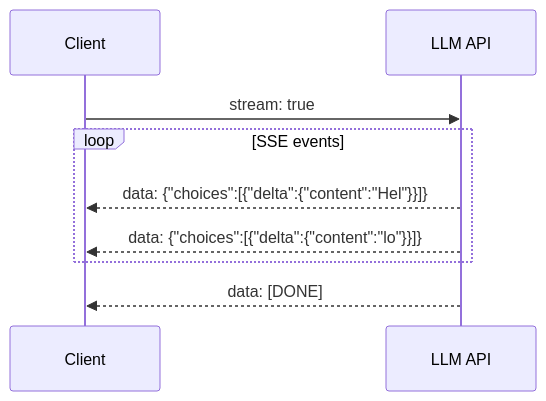
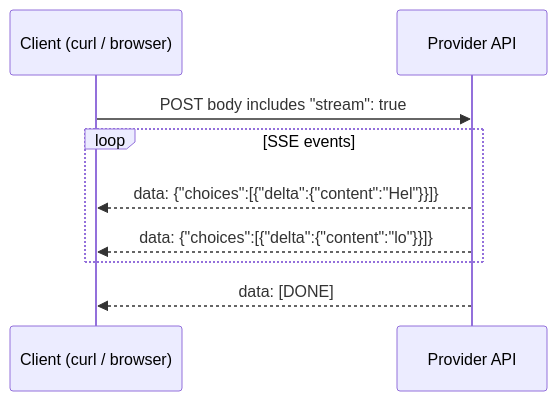
The fourth of 5 diagrams in AI/AI Development/modules/01-llm-apis/MODULE.md (codevoks/Learning), drawn with Mermaid before and after one commit. The commit also changed other lines of this file and 32 other files, not shown here.

````diff
--- a/AI/AI Development/modules/01-llm-apis/MODULE.md
+++ b/AI/AI Development/modules/01-llm-apis/MODULE.md
@@ -207,11 +494,11 @@
 ```mermaid
 sequenceDiagram
-    participant C as Client
-    participant API as LLM API
-    C->>API: stream: true
+    participant C as Client (curl / browser)
+    participant API as Provider API
+    C->>API: POST body includes "stream": true
     loop SSE events
         API-->>C: data: {"choices":[{"delta":{"content":"Hel"}}]}
         API-->>C: data: {"choices":[{"delta":{"content":"lo"}}]}
     end
     API-->>C: data: [DONE]
 ```
````
